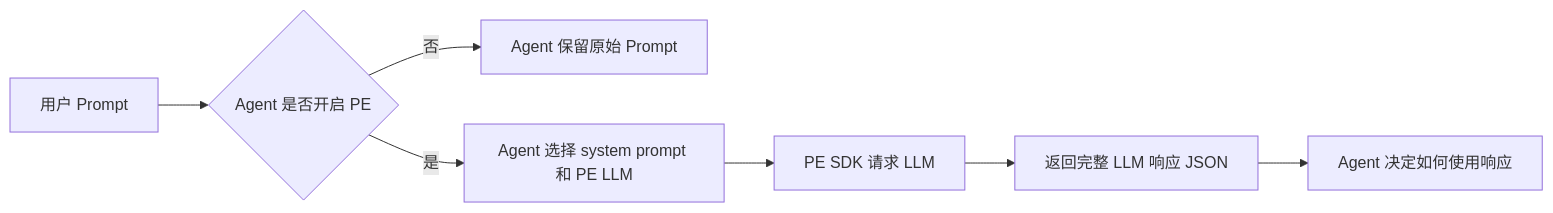
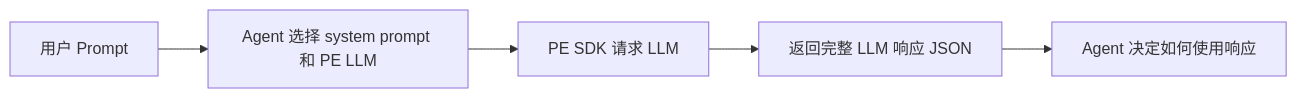
One commit to ChefWu551/sensenova-prompt-enhance changed the diagram in README.md. Above: the diagram before and after it, drawn with Mermaid. The commit also changed other lines of this file and 4 other files, not shown here.

````diff
--- a/README.md
+++ b/README.md
@@ -5,9 +5,7 @@
 ```mermaid
 flowchart LR
-    A[用户 Prompt] --> B{Agent 是否开启 PE}
-    B -- 否 --> C[Agent 保留原始 Prompt]
-    B -- 是 --> D[Agent 选择 system prompt 和 PE LLM]
+    A[用户 Prompt] --> D[Agent 选择 system prompt 和 PE LLM]
     D --> E[PE SDK 请求 LLM]
     E --> F[返回完整 LLM 响应 JSON]
     F --> G[Agent 决定如何使用响应]
 ```
````
